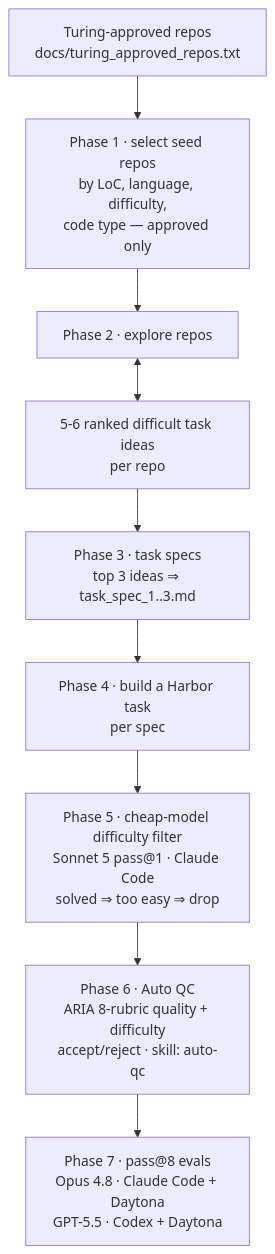
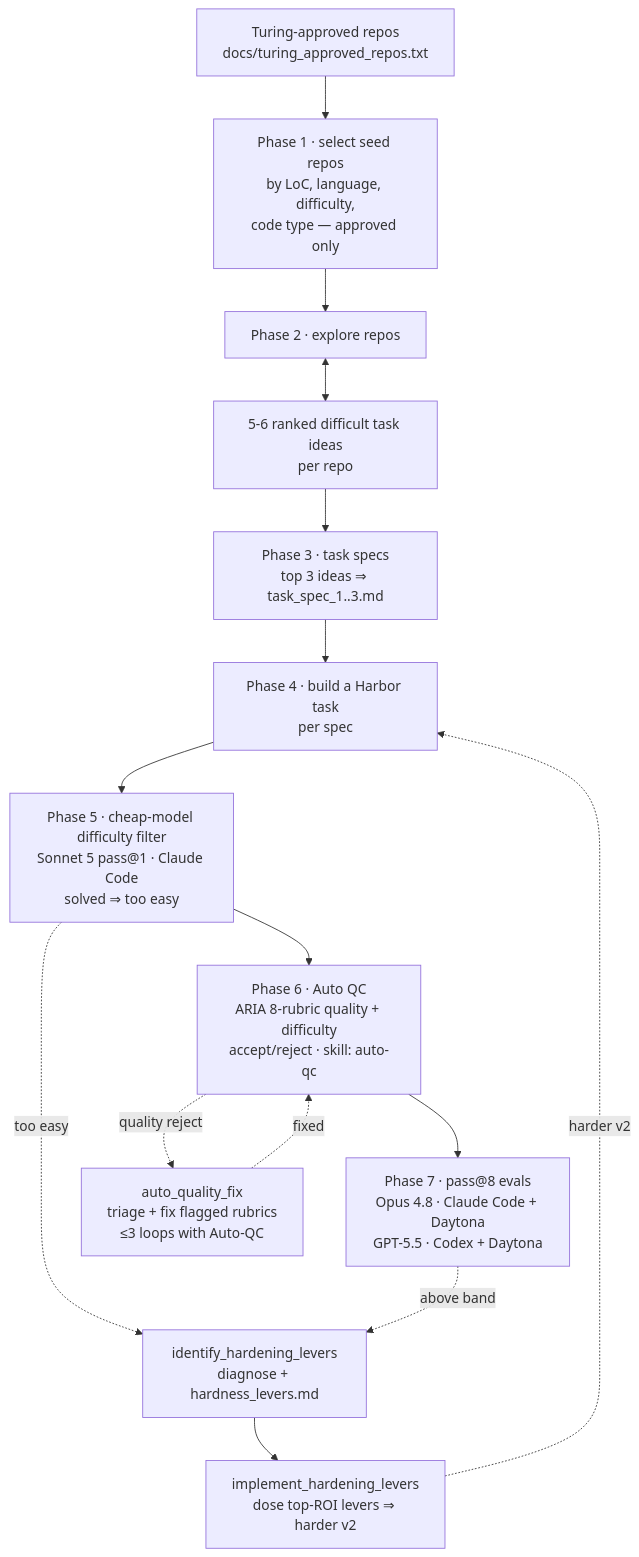
One commit to vivekp-turing/dataset_task_creation changed the diagram in README.md. Above: the diagram before and after it, drawn with Mermaid. The commit also changed other lines of this file and 9 other files, not shown here.

Commit message:
added auto fix and auto hardening skills

````diff
--- a/README.md
+++ b/README.md
@@ -79,11 +79,17 @@
 ```mermaid
 flowchart TD
     A[Turing-approved repos<br/>docs/turing_approved_repos.txt] --> B[Phase 1 · select seed repos<br/>by LoC, language, difficulty,<br/>code type — approved only]
     B --> C[Phase 2 · explore repos]
     C <--> D[5-6 ranked difficult task ideas<br/>per repo]
     D --> E[Phase 3 · task specs<br/>top 3 ideas ⇒ task_spec_1..3.md]
     E --> F[Phase 4 · build a Harbor task<br/>per spec]
-    F --> G[Phase 5 · cheap-model difficulty filter<br/>Sonnet 5 pass@1 · Claude Code<br/>solved ⇒ too easy ⇒ drop]
+    F --> G[Phase 5 · cheap-model difficulty filter<br/>Sonnet 5 pass@1 · Claude Code<br/>solved ⇒ too easy]
     G --> H[Phase 6 · Auto QC<br/>ARIA 8-rubric quality + difficulty<br/>accept/reject · skill: auto-qc]
     H --> I[Phase 7 · pass@8 evals<br/>Opus 4.8 · Claude Code + Daytona<br/>GPT-5.5 · Codex + Daytona]
+    G -.too easy.-> Z1[identify_hardening_levers<br/>diagnose + hardness_levers.md]
+    I -.above band.-> Z1
+    Z1 --> Z2[implement_hardening_levers<br/>dose top-ROI levers ⇒ harder v2]
+    Z2 -.harder v2.-> F
+    H -.quality reject.-> Q[auto_quality_fix<br/>triage + fix flagged rubrics<br/>≤3 loops with Auto-QC]
+    Q -.fixed.-> H
 ```
````
